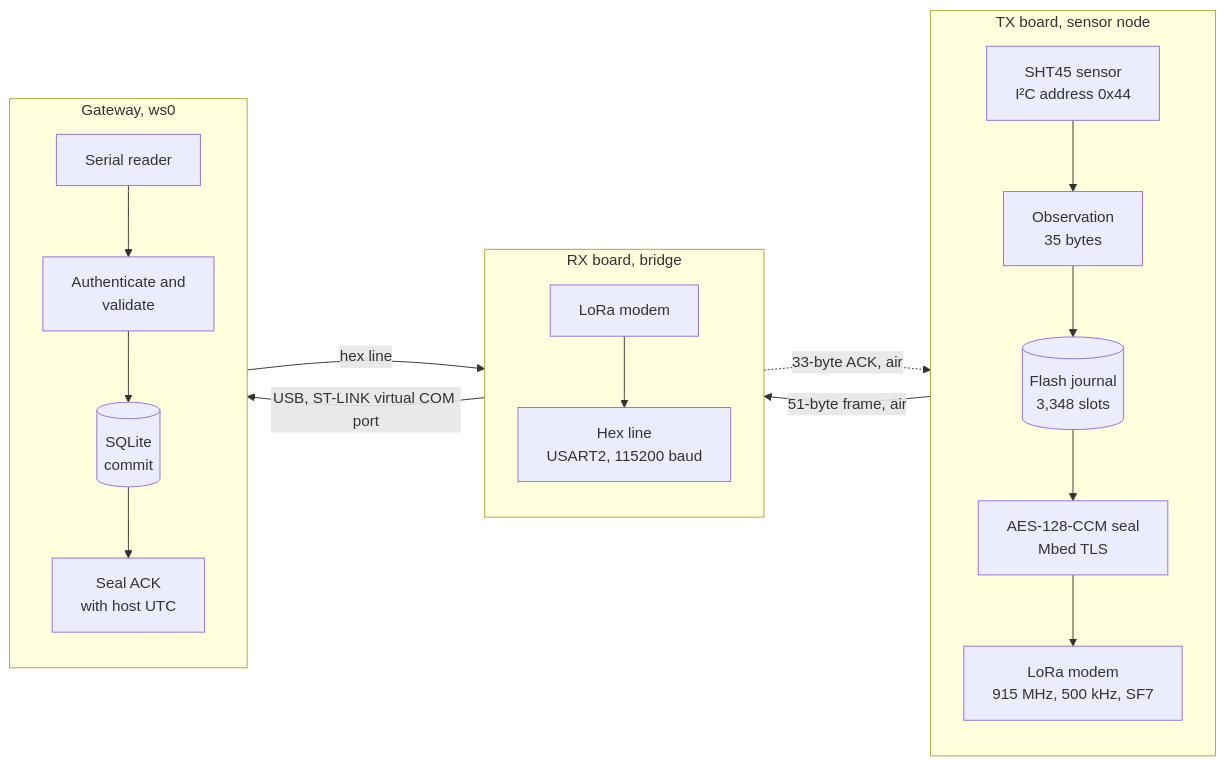
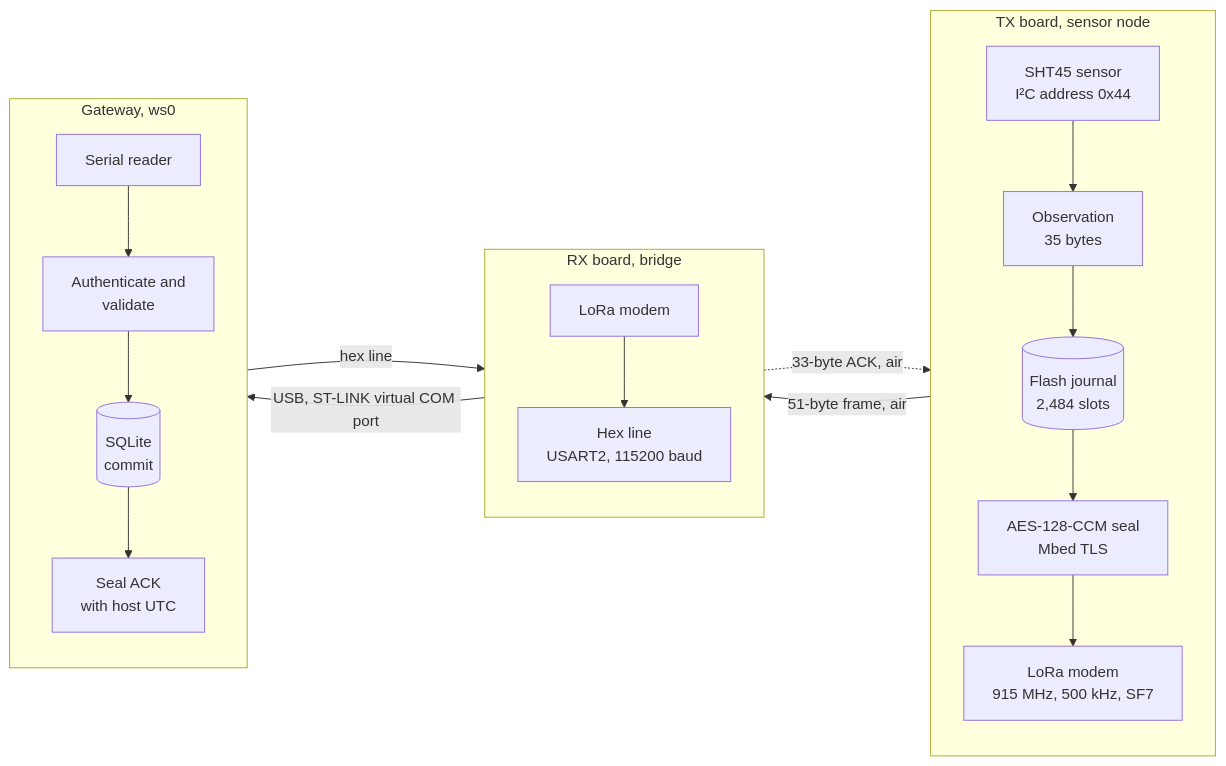
One commit to clintecker/weather-station-2026 changed the first of 22 diagrams in docs/protocol-stack.md. Above: the diagram before and after it, drawn with Mermaid. The commit also changed other lines of this file and 16 other files, not shown here.

First line of the commit message:
Docs: the new flash map (firmware 110 KB, journal 55-124, state at the top)

````diff
--- a/docs/protocol-stack.md
+++ b/docs/protocol-stack.md
@@ -36,24 +36,24 @@
 ```mermaid
 flowchart LR
   subgraph TX["TX board, sensor node"]
     direction TB
     S["SHT45 sensor<br/>I²C address 0x44"] --> M["Observation<br/>35 bytes"]
-    M --> J[("Flash journal<br/>3,348 slots")]
+    M --> J[("Flash journal<br/>2,484 slots")]
     J --> E["AES-128-CCM seal<br/>Mbed TLS"]
     E --> R1["LoRa modem<br/>915 MHz, 500 kHz, SF7"]
   end
   subgraph RX["RX board, bridge"]
     direction TB
     R2["LoRa modem"] --> H["Hex line<br/>USART2, 115200 baud"]
   end
   subgraph HOST["Gateway, ws0"]
     direction TB
     U["Serial reader"] --> V["Authenticate and<br/>validate"]
     V --> D[("SQLite<br/>commit")]
     D --> A["Seal ACK<br/>with host UTC"]
   end
   R1 -- "51-byte frame, air" --> R2
   H -- "USB, ST-LINK virtual COM port" --> U
   A -- "hex line" --> H
   R2 -. "33-byte ACK, air" .-> R1
 ```
````
